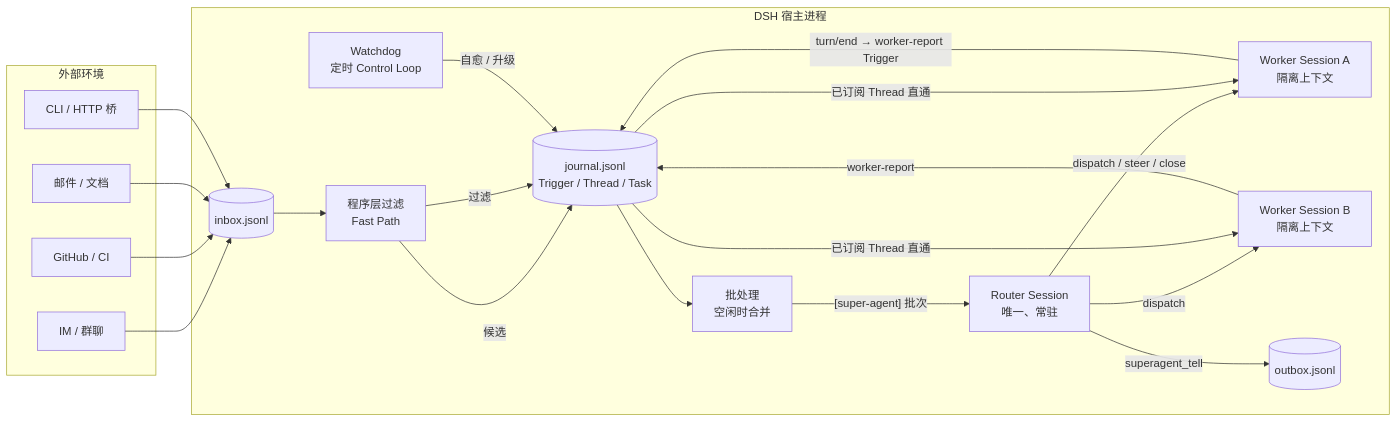
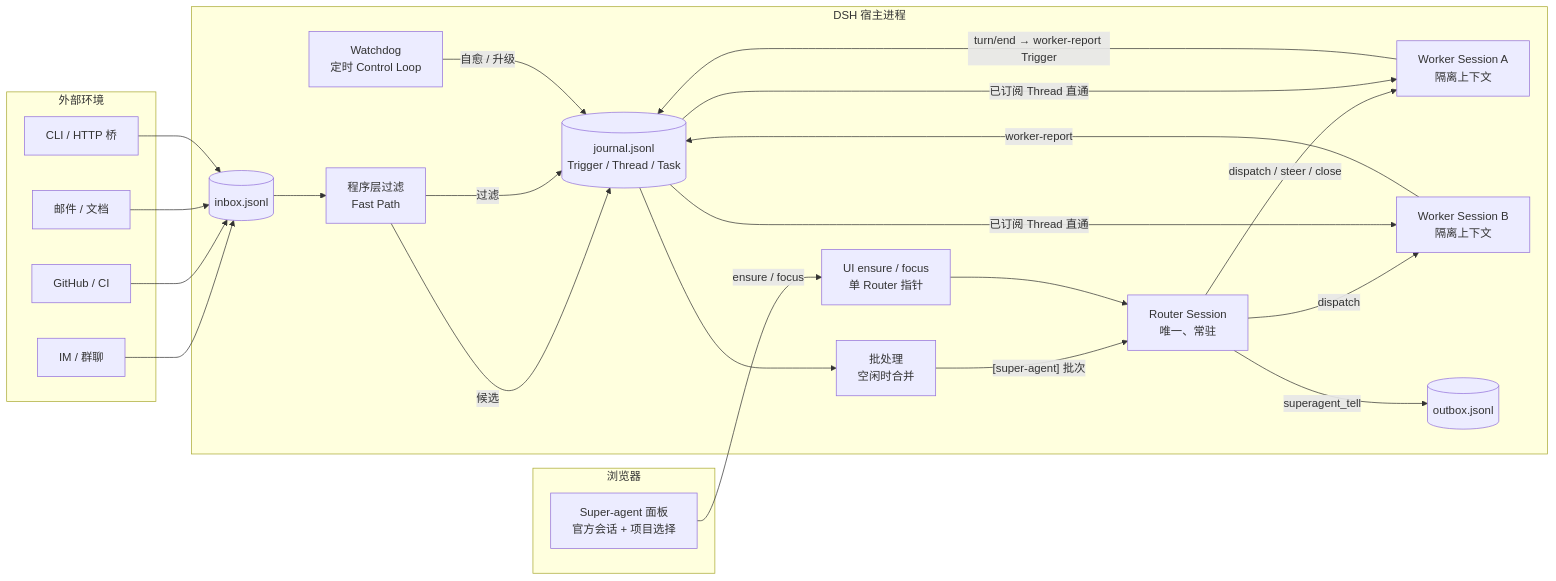
The diagram in README.md (TianzeLuo/dsh-super-agent), drawn with Mermaid before and after one commit. The commit also changed other lines of this file and 11 other files, not shown here.

Commit message:
feat: add Super-agent panel and cross-project workers

````diff
--- a/README.md
+++ b/README.md
@@ -86,39 +121,46 @@
 ```mermaid
 flowchart LR
   subgraph Sources[外部环境]
     IM[IM / 群聊]
     GH[GitHub / CI]
     MAIL[邮件 / 文档]
     CLI[CLI / HTTP 桥]
   end
 
+  subgraph Browser[浏览器]
+    PANEL[Super-agent 面板\n官方会话 + 项目选择]
+  end
+
   subgraph Host[DSH 宿主进程]
+    UI[UI ensure / focus\n单 Router 指针]
     INBOX[(inbox.jsonl)]
     FILTER[程序层过滤\nFast Path]
     STORE[(journal.jsonl\nTrigger / Thread / Task)]
     ROUTER[Router Session\n唯一、常驻]
     BATCH[批处理\n空闲时合并]
     WORKER1[Worker Session A\n隔离上下文]
     WORKER2[Worker Session B\n隔离上下文]
     WD[Watchdog\n定时 Control Loop]
     OUTBOX[(outbox.jsonl)]
   end
 
   IM --> INBOX
   GH --> INBOX
   MAIL --> INBOX
   CLI --> INBOX
   INBOX --> FILTER
   FILTER -->|候选| STORE
   FILTER -->|过滤| STORE
   STORE --> BATCH
   BATCH -->|"[super-agent] 批次"| ROUTER
+  PANEL -->|ensure / focus| UI
+  UI --> ROUTER
   ROUTER -->|dispatch / steer / close| WORKER1
   ROUTER -->|dispatch| WORKER2
   WORKER1 -->|turn/end → worker-report Trigger| STORE
   WORKER2 -->|worker-report| STORE
   STORE -->|已订阅 Thread 直通| WORKER1
   STORE -->|已订阅 Thread 直通| WORKER2
   ROUTER -->|superagent_tell| OUTBOX
   WD -->|自愈 / 升级| STORE
 ```
````
